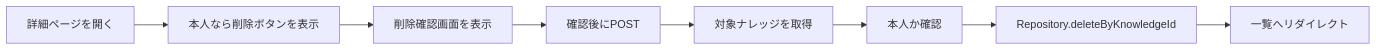
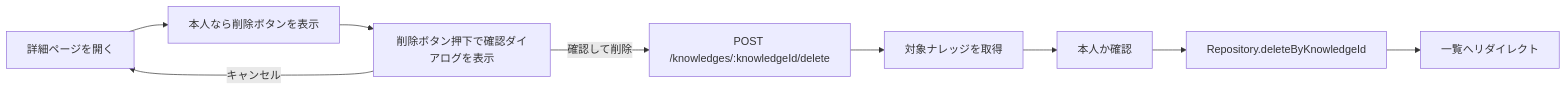
One commit to KK-rinrin/hocus-pocus-a changed the diagram in TODO_delete.md. Above: the diagram before and after it, drawn with Mermaid. The commit also changed other lines of this file and 4 other files, not shown here.

````diff
--- a/TODO_delete.md
+++ b/TODO_delete.md
@@ -63,10 +61,11 @@
 ```mermaid
 flowchart LR
   A[詳細ページを開く] --> B[本人なら削除ボタンを表示]
-  B --> C[削除確認画面を表示]
-  C --> D[確認後にPOST]
+  B --> C[削除ボタン押下で確認ダイアログを表示]
+  C -->|キャンセル| A
+  C -->|確認して削除| D[POST /knowledges/:knowledgeId/delete]
   D --> E[対象ナレッジを取得]
   E --> F[本人か確認]
   F --> G[Repository.deleteByKnowledgeId]
   G --> H[一覧へリダイレクト]
 ```
````
